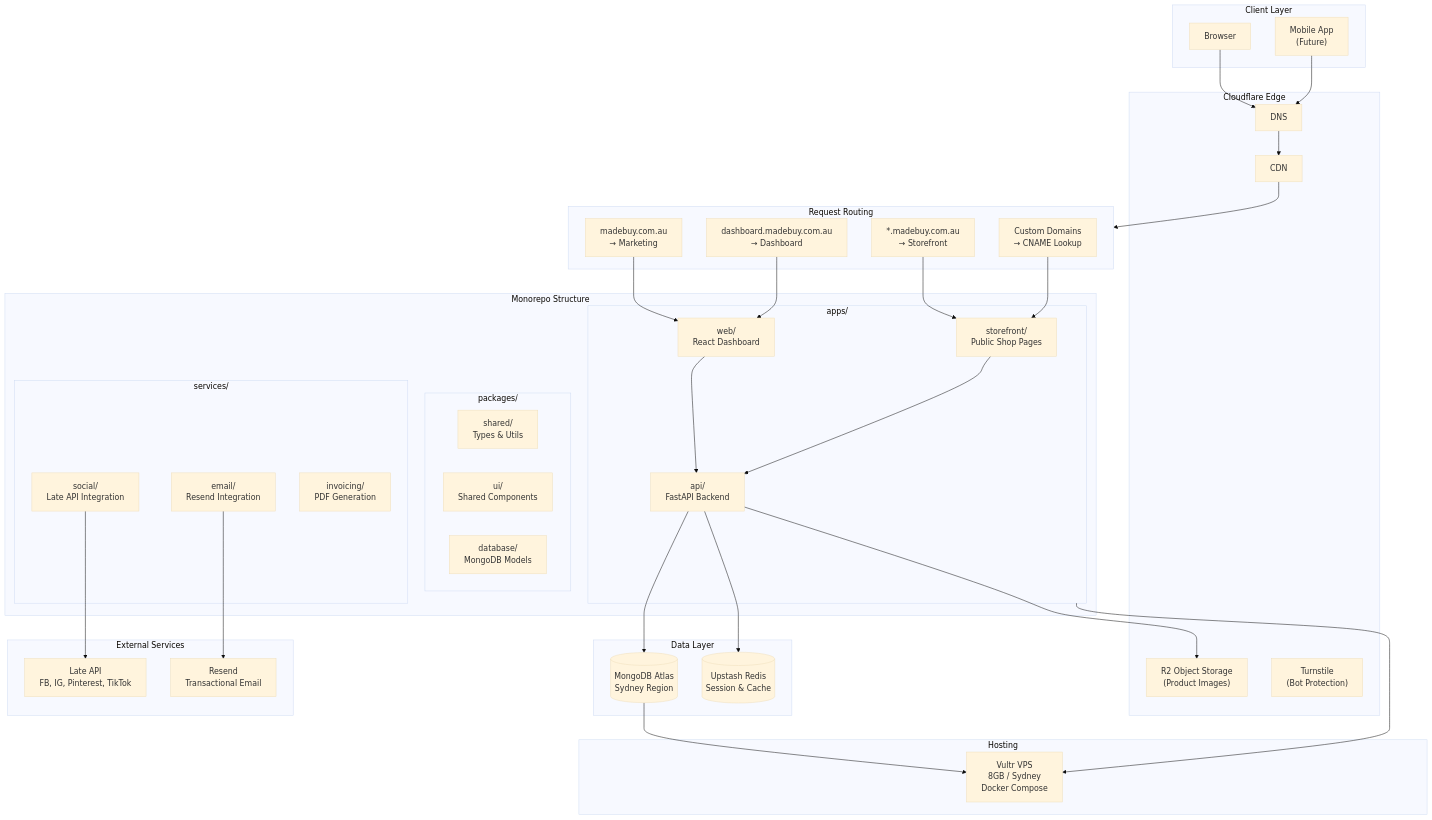
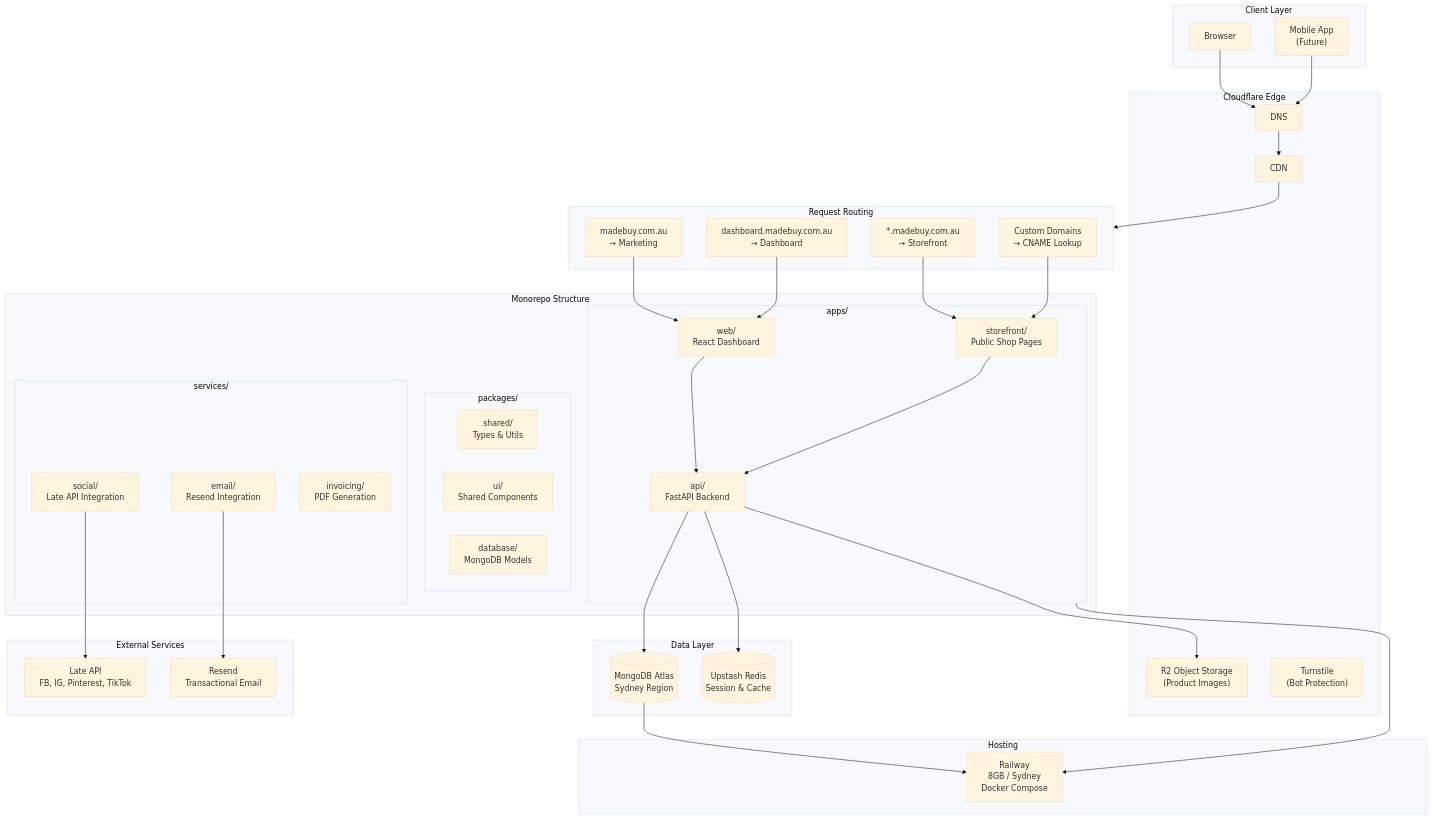
One commit to medicstrading/madebuy changed the diagram in docs/madebuy-tech-architecture.md. Above: the diagram before and after it, drawn with Mermaid (base theme). The commit also changed 5 other files, not shown here.

First line of the commit message:
docs: update deployment references from Vultr/Coolify to Railway

````diff
--- a/docs/madebuy-tech-architecture.md
+++ b/docs/madebuy-tech-architecture.md
@@ -3,79 +3,79 @@
 ```mermaid
 flowchart TB
     subgraph Client["Client Layer"]
         Browser["Browser"]
         Mobile["Mobile App<br/>(Future)"]
     end
 
     subgraph Cloudflare["Cloudflare Edge"]
         DNS["DNS"]
         CDN["CDN"]
         R2["R2 Object Storage<br/>(Product Images)"]
         Turnstile["Turnstile<br/>(Bot Protection)"]
     end
 
     subgraph Routing["Request Routing"]
         MainDomain["madebuy.com.au<br/>→ Marketing"]
         SubDomain["*.madebuy.com.au<br/>→ Storefront"]
         DashDomain["dashboard.madebuy.com.au<br/>→ Dashboard"]
         CustomDom["Custom Domains<br/>→ CNAME Lookup"]
     end
 
     subgraph Monorepo["Monorepo Structure"]
         subgraph Apps["apps/"]
             WebApp["web/<br/>React Dashboard"]
             APIApp["api/<br/>FastAPI Backend"]
             StorefrontApp["storefront/<br/>Public Shop Pages"]
         end
         
         subgraph Packages["packages/"]
             Shared["shared/<br/>Types & Utils"]
             UI["ui/<br/>Shared Components"]
             DB["database/<br/>MongoDB Models"]
         end
         
         subgraph Services["services/"]
             SocialSvc["social/<br/>Late API Integration"]
             EmailSvc["email/<br/>Resend Integration"]
             InvoiceSvc["invoicing/<br/>PDF Generation"]
         end
     end
 
     subgraph DataLayer["Data Layer"]
         MongoDB[(MongoDB Atlas<br/>Sydney Region)]
         Redis[(Upstash Redis<br/>Session & Cache)]
     end
 
     subgraph External["External Services"]
         LateAPI["Late API<br/>FB, IG, Pinterest, TikTok"]
         Resend["Resend<br/>Transactional Email"]
     end
 
     subgraph Host["Hosting"]
-        Vultr["Vultr VPS<br/>8GB / Sydney<br/>Docker Compose"]
+        Railway["Railway<br/>8GB / Sydney<br/>Docker Compose"]
     end
 
     %% Connections
     Browser --> DNS
     Mobile --> DNS
     DNS --> CDN
     CDN --> Routing
     
     MainDomain --> WebApp
     SubDomain --> StorefrontApp
     DashDomain --> WebApp
     CustomDom --> StorefrontApp
     
     WebApp --> APIApp
     StorefrontApp --> APIApp
     
     APIApp --> MongoDB
     APIApp --> Redis
     APIApp --> R2
     
     SocialSvc --> LateAPI
     EmailSvc --> Resend
     
-    Apps --> Vultr
-    MongoDB --> Vultr
+    Apps --> Railway
+    MongoDB --> Railway
 ```
````
